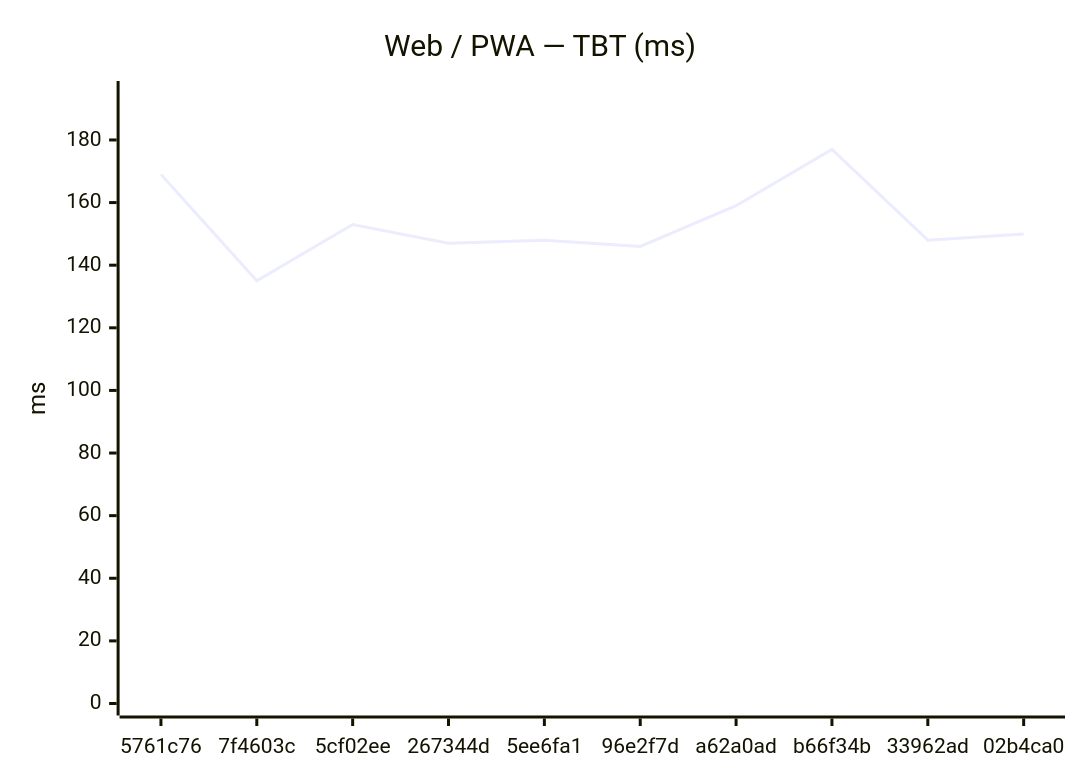
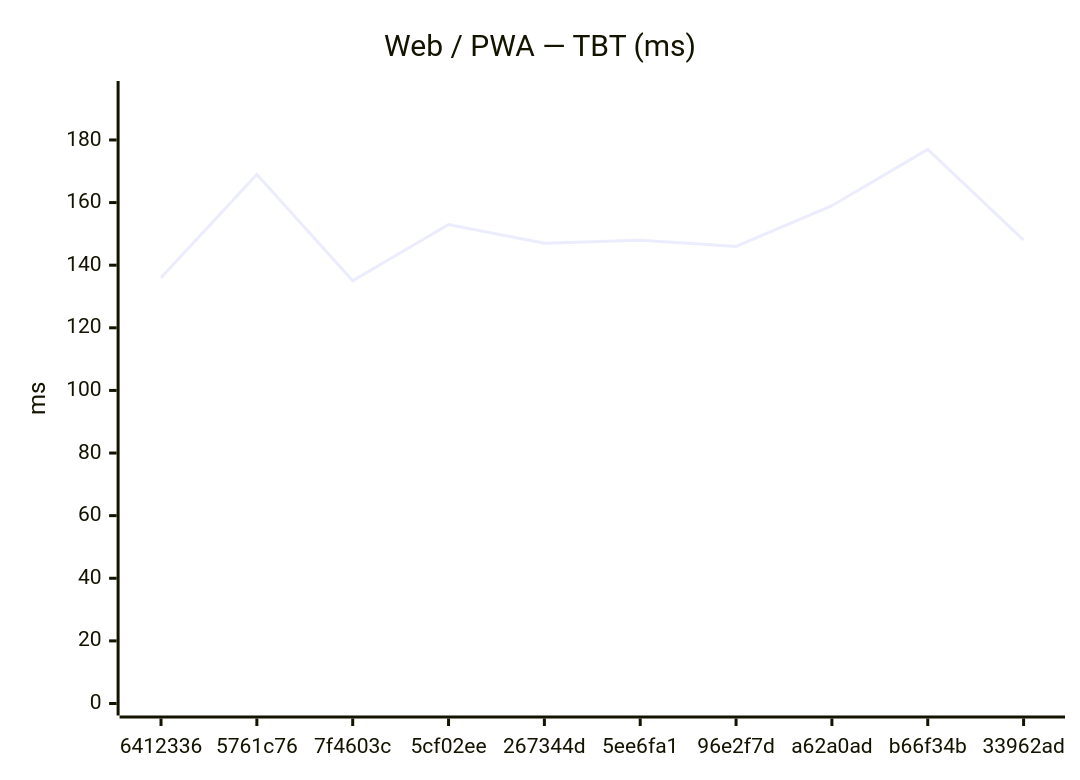
One commit to Metaheurist/Rianell changed the second of 18 diagrams in benchmarks/compare.md. Above: the diagram before and after it, drawn with Mermaid. The commit also changed other lines of this file and 11 other files, not shown here.

````diff
--- a/benchmarks/compare.md
+++ b/benchmarks/compare.md
@@ -31,7 +31,7 @@
 ```mermaid
 xychart-beta
     title "Web / PWA — TBT (ms)"
-    x-axis ["5761c76", "7f4603c", "5cf02ee", "267344d", "5ee6fa1", "96e2f7d", "a62a0ad", "b66f34b", "33962ad", "02b4ca0"]
+    x-axis ["6412336", "5761c76", "7f4603c", "5cf02ee", "267344d", "5ee6fa1", "96e2f7d", "a62a0ad", "b66f34b", "33962ad"]
     y-axis "ms" 0 --> 195
-    line [169, 135, 153, 147, 148, 146, 159, 177, 148, 150]
+    line [136, 169, 135, 153, 147, 148, 146, 159, 177, 148]
 ```
````
